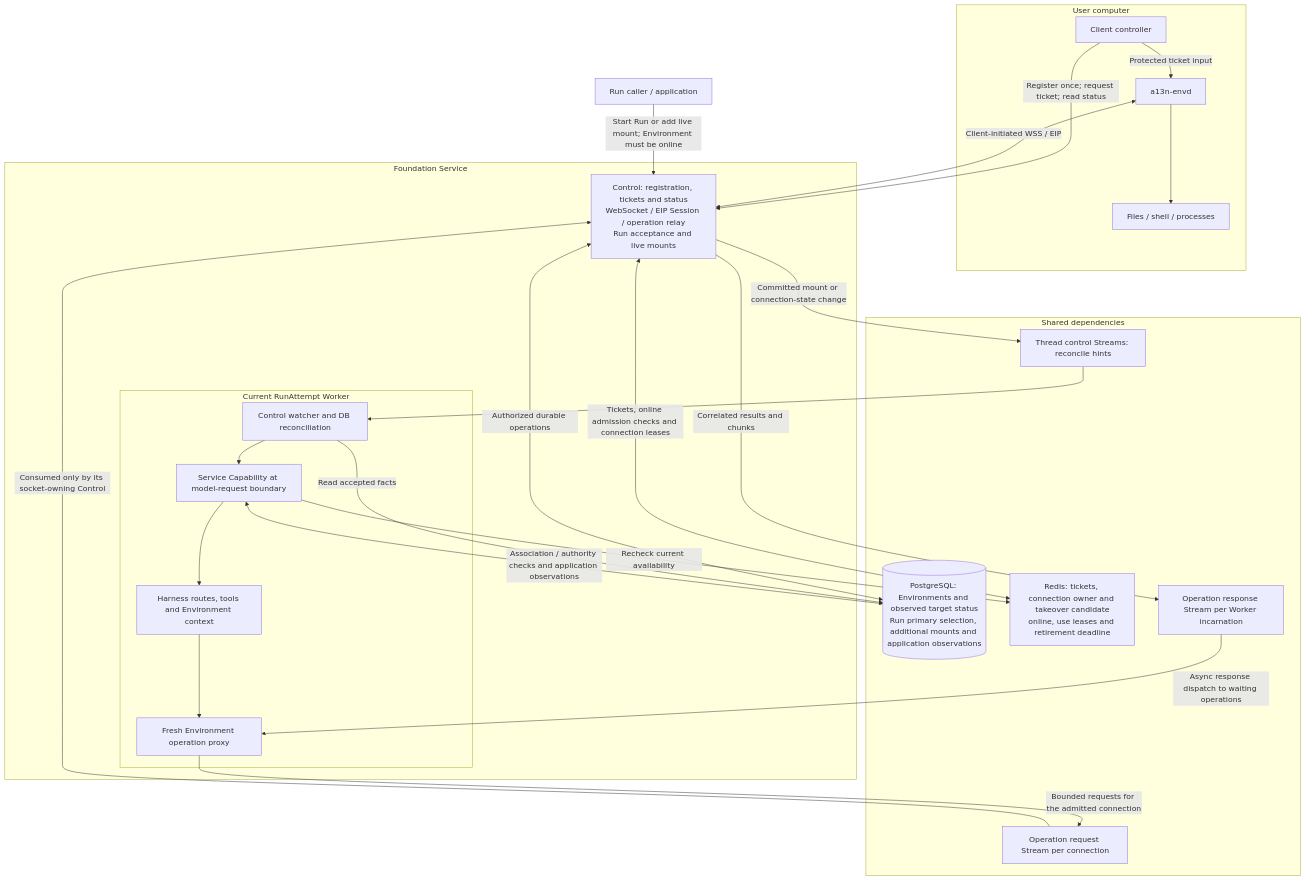
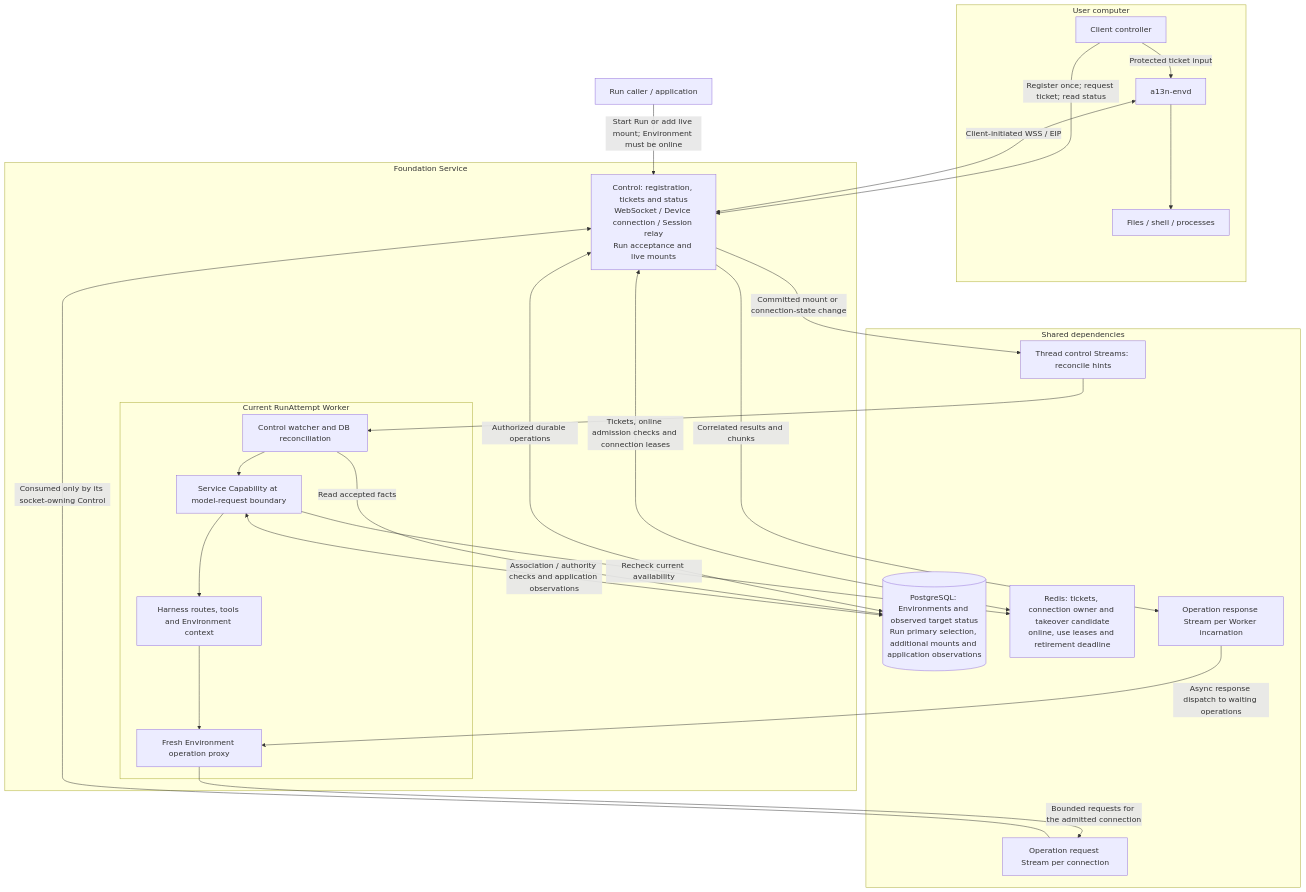
Before and after one commit to LTThreeComma/agent-foundation: the first of 5 diagrams in spec/a13n-service/29a-websocket-environments-and-live-mounts.md, drawn with Mermaid. The commit also changed other lines of this file and 45 other files, not shown here.

````diff
--- a/spec/a13n-service/29a-websocket-environments-and-live-mounts.md
+++ b/spec/a13n-service/29a-websocket-environments-and-live-mounts.md
@@ -25,44 +25,44 @@
 ```mermaid
 flowchart TB
     subgraph Client["User computer"]
         Controller["Client controller"]
         Envd["a13n-envd"]
         Computer["Files / shell / processes"]
         Controller -->|"Protected ticket input"| Envd
         Envd --> Computer
     end
     Caller["Run caller / application"]
     subgraph Service["Foundation Service"]
-        Control["Control: registration, tickets and status<br/>WebSocket / EIP Session / operation relay<br/>Run acceptance and live mounts"]
+        Control["Control: registration, tickets and status<br/>WebSocket / Device connection / Session relay<br/>Run acceptance and live mounts"]
         subgraph Worker["Current RunAttempt Worker"]
             Reconcile["Control watcher and DB reconciliation"]
             Boundary["Service Capability at model-request boundary"]
             Harness["Harness routes, tools and Environment context"]
             Proxy["Fresh Environment operation proxy"]
             Reconcile --> Boundary
             Boundary --> Harness
             Harness --> Proxy
         end
     end
     subgraph Stores["Shared dependencies"]
         DB[("PostgreSQL: Environments and observed target status<br/>Run primary selection, additional mounts and application observations")]
         Presence["Redis: tickets, connection owner and takeover candidate<br/>online, use leases and retirement deadline"]
         Wake["Thread control Streams: reconcile hints"]
         Requests["Operation request Stream per connection"]
         Responses["Operation response Stream per Worker incarnation"]
     end
     Controller -->|"Register once; request ticket; read status"| Control
     Envd <-->|"Client-initiated WSS / EIP"| Control
     Caller -->|"Start Run or add live mount; Environment must be online"| Control
     Control <-->|"Authorized durable operations"| DB
     Control <-->|"Tickets, online admission checks and connection leases"| Presence
     Control -->|"Committed mount or connection-state change"| Wake
     Wake --> Reconcile
     Reconcile -->|"Read accepted facts"| DB
     Boundary <-->|"Association / authority checks and application observations"| DB
     Boundary -->|"Recheck current availability"| Presence
     Proxy -->|"Bounded requests for the admitted connection"| Requests
     Requests -->|"Consumed only by its socket-owning Control"| Control
     Control -->|"Correlated results and chunks"| Responses
     Responses -->|"Async response dispatch to waiting operations"| Proxy
 ```
````
